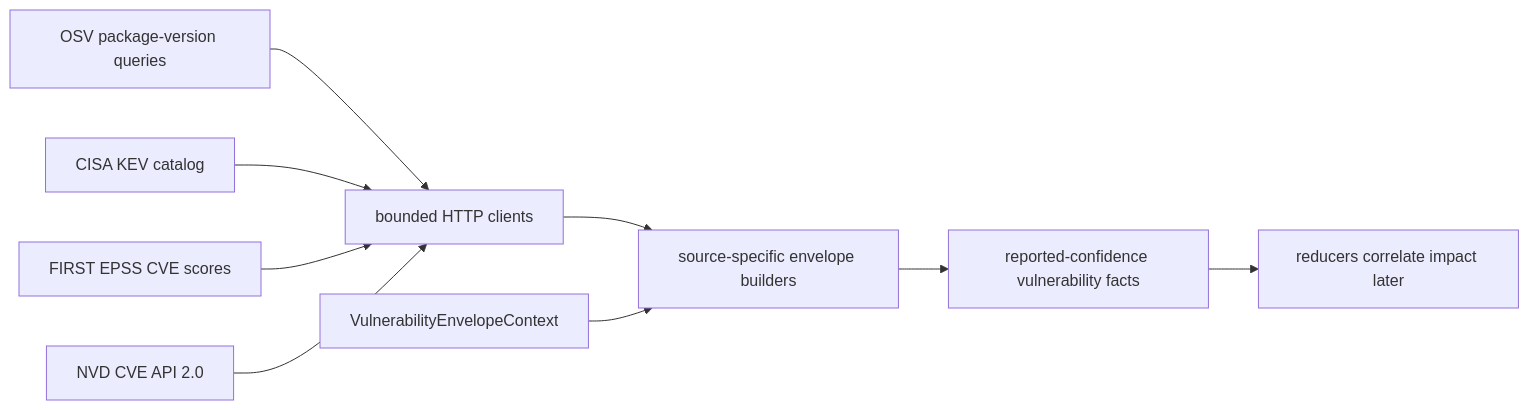
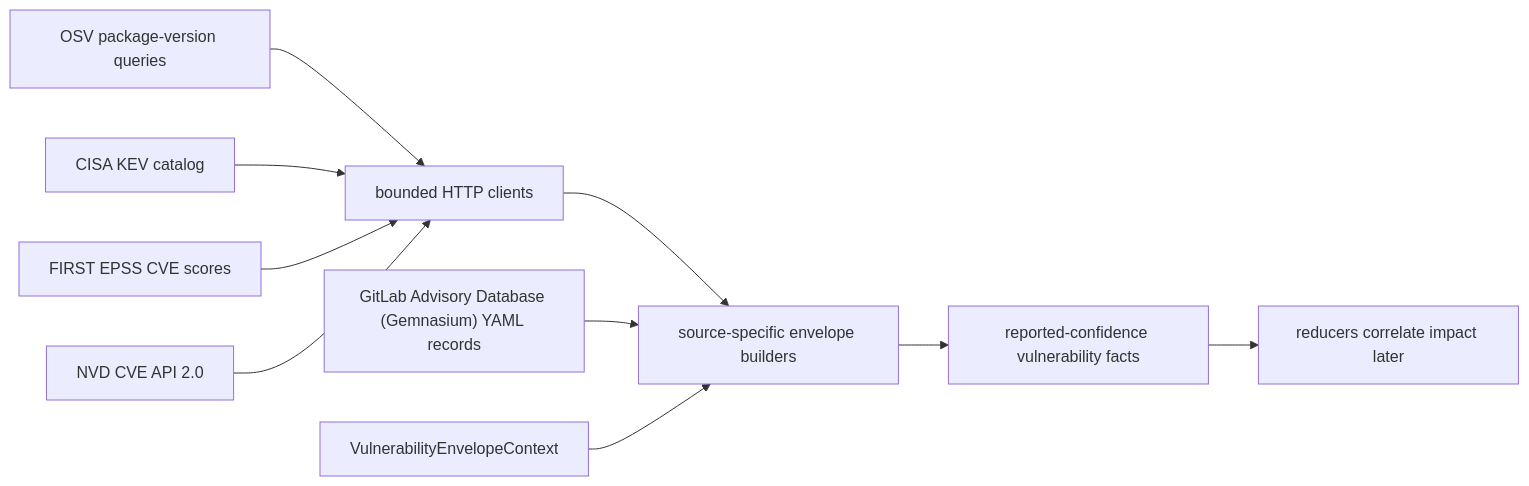
Before and after one commit to eshu-hq/eshu: the diagram in go/internal/collector/vulnerabilityintelligence/README.md, drawn with Mermaid. The commit also changed other lines of this file and 11 other files, not shown here.

First line of the commit message:
feat(vuln): add GitLab Advisory Database (Gemnasium) source adapter

````diff
--- a/go/internal/collector/vulnerabilityintelligence/README.md
+++ b/go/internal/collector/vulnerabilityintelligence/README.md
@@ -13,21 +13,23 @@
 ```mermaid
 flowchart LR
     OSV["OSV package-version queries"]
     KEV["CISA KEV catalog"]
     EPSS["FIRST EPSS CVE scores"]
     NVD["NVD CVE API 2.0"]
+    GLAD["GitLab Advisory Database (Gemnasium) YAML records"]
     Clients["bounded HTTP clients"]
     Normalizers["source-specific envelope builders"]
     Context["VulnerabilityEnvelopeContext"]
     Facts["reported-confidence vulnerability facts"]
     Reducers["reducers correlate impact later"]
 
     OSV --> Clients
     KEV --> Clients
     EPSS --> Clients
     NVD --> Clients
     Clients --> Normalizers
+    GLAD --> Normalizers
     Context --> Normalizers
     Normalizers --> Facts
     Facts --> Reducers
 ```
````
